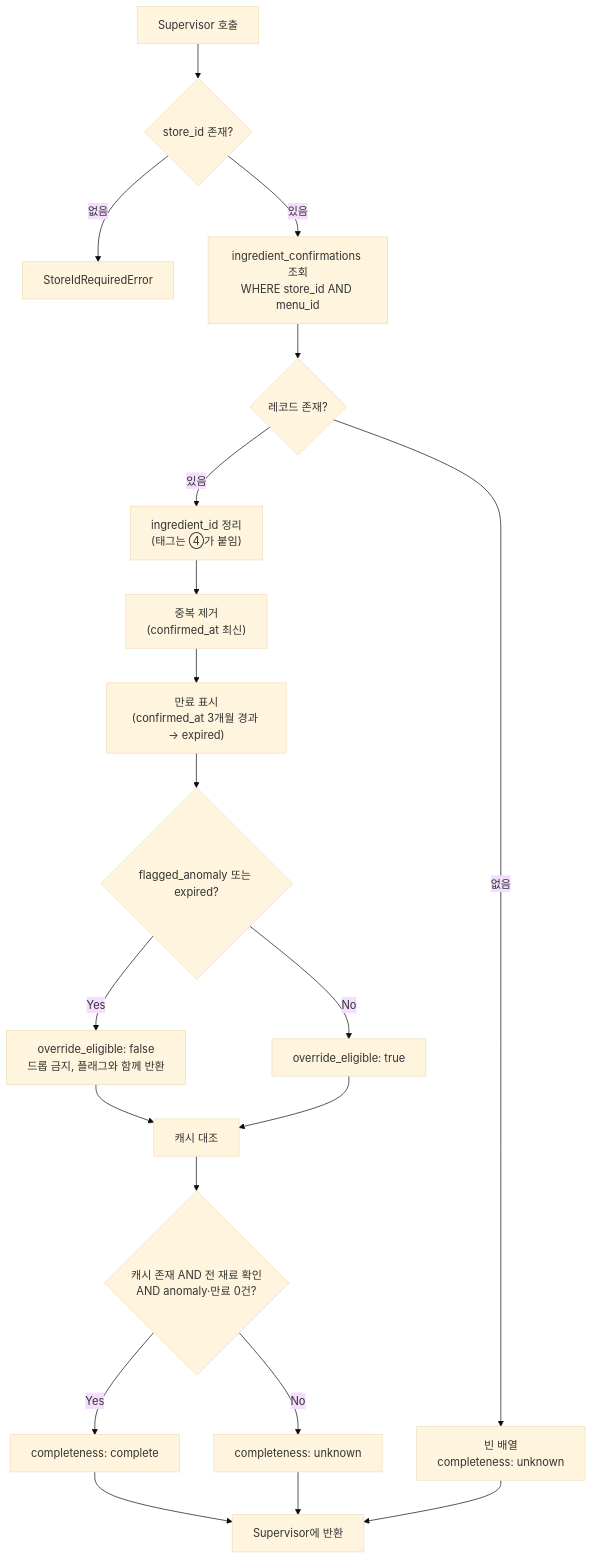
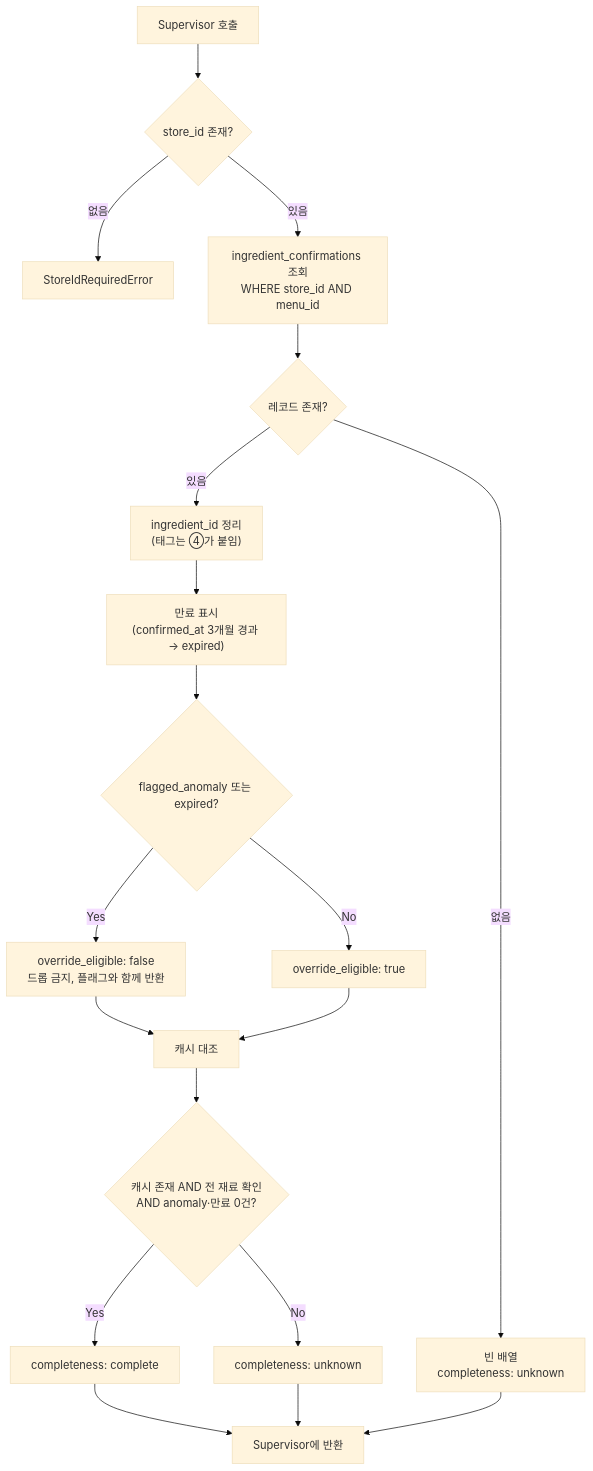
The diagram in docs/3-tool-exact.md (Han-Spoon/ai), drawn with Mermaid (base theme) before and after one commit. The commit also changed other lines of this file and 1 other file, not shown here.

````diff
--- a/docs/3-tool-exact.md
+++ b/docs/3-tool-exact.md
@@ -186,22 +184,21 @@
 ```mermaid
 flowchart TD
     S[Supervisor 호출] --> V{store_id 존재?}
     V -->|없음| ERR[StoreIdRequiredError]
     V -->|있음| Q["ingredient_confirmations 조회<br/>WHERE store_id AND menu_id"]
     Q --> N{레코드 존재?}
     N -->|없음| E["빈 배열<br/>completeness: unknown"]
     N -->|있음| TG["ingredient_id 정리<br/>(태그는 ④가 붙임)"]
-    TG --> DD["중복 제거<br/>(confirmed_at 최신)"]
-    DD --> EX["만료 표시<br/>(confirmed_at 3개월 경과 → expired)"]
+    TG --> EX["만료 표시<br/>(confirmed_at 3개월 경과 → expired)"]
     EX --> A{"flagged_anomaly 또는 expired?"}
     A -->|Yes| MARK["override_eligible: false<br/>드롭 금지, 플래그와 함께 반환"]
     A -->|No| OK["override_eligible: true"]
     MARK --> C[캐시 대조]
     OK --> C
     C --> CP{"캐시 존재 AND 전 재료 확인<br/>AND anomaly·만료 0건?"}
     CP -->|Yes| COMP["completeness: complete"]
     CP -->|No| UNK["completeness: unknown"]
     COMP --> OUT[Supervisor에 반환]
     UNK --> OUT
     E --> OUT
 ```
````
